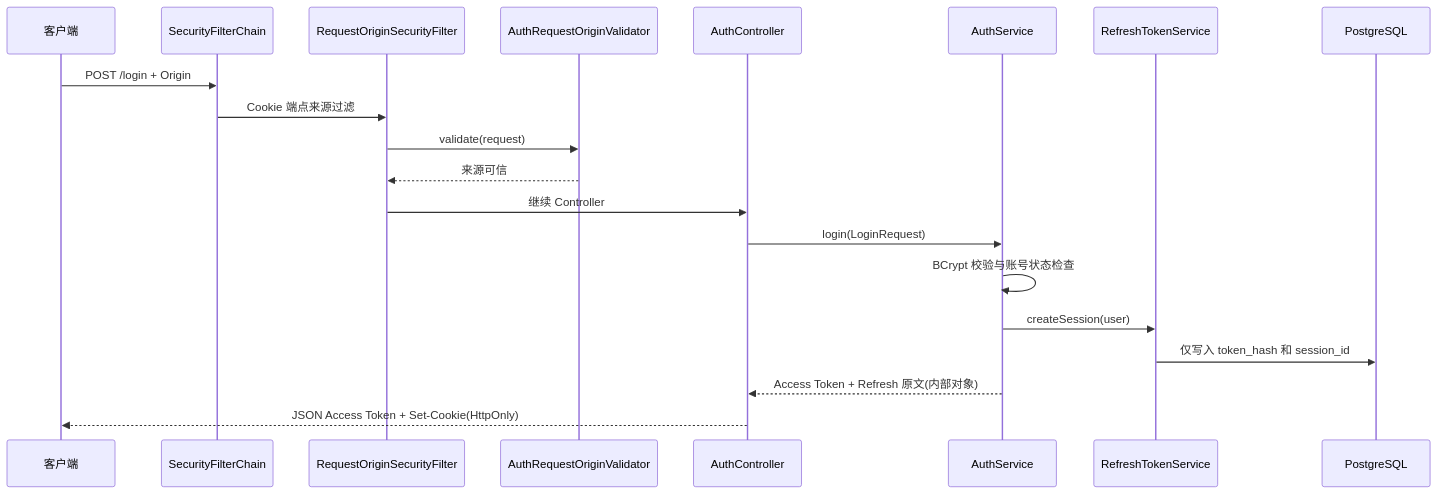
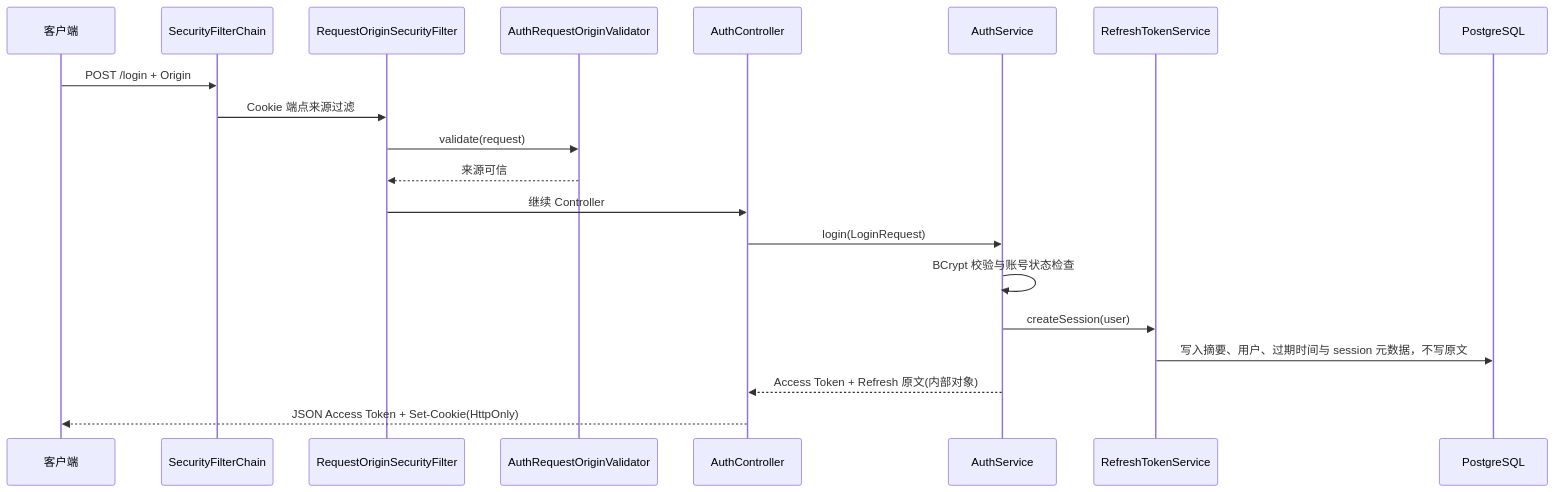
Before and after one commit to BangShou1st/ai-collab: the first of 5 diagrams in docs/learning/phase-02-refresh-token-session.md, drawn with Mermaid. The commit also changed other lines of this file and 40 other files, not shown here.

````diff
--- a/docs/learning/phase-02-refresh-token-session.md
+++ b/docs/learning/phase-02-refresh-token-session.md
@@ -32,22 +32,22 @@
 ```mermaid
 sequenceDiagram
     participant C as 客户端
     participant SF as SecurityFilterChain
     participant ROF as RequestOriginSecurityFilter
     participant ORV as AuthRequestOriginValidator
     participant AC as AuthController
     participant AS as AuthService
     participant RTS as RefreshTokenService
     participant DB as PostgreSQL
     C->>SF: POST /login + Origin
     SF->>ROF: Cookie 端点来源过滤
     ROF->>ORV: validate(request)
     ORV-->>ROF: 来源可信
     ROF->>AC: 继续 Controller
     AC->>AS: login(LoginRequest)
     AS->>AS: BCrypt 校验与账号状态检查
     AS->>RTS: createSession(user)
-    RTS->>DB: 仅写入 token_hash 和 session_id
+    RTS->>DB: 写入摘要、用户、过期时间与 session 元数据，不写原文
     AS-->>AC: Access Token + Refresh 原文(内部对象)
     AC-->>C: JSON Access Token + Set-Cookie(HttpOnly)
 ```
````
